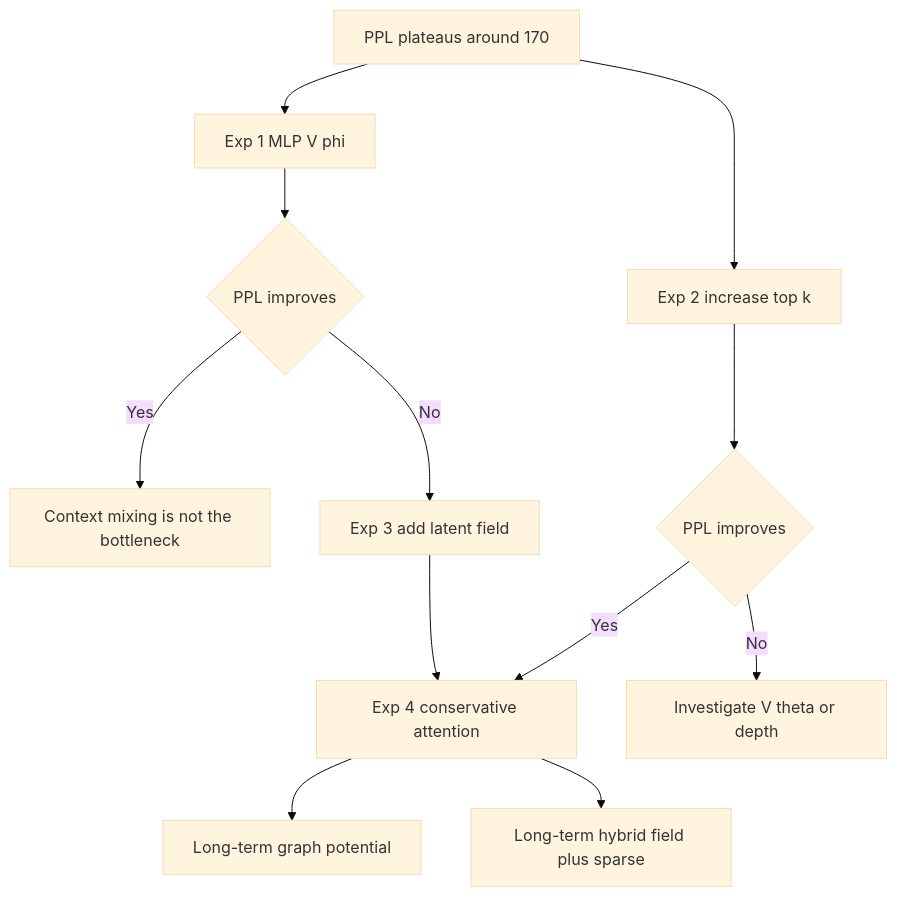
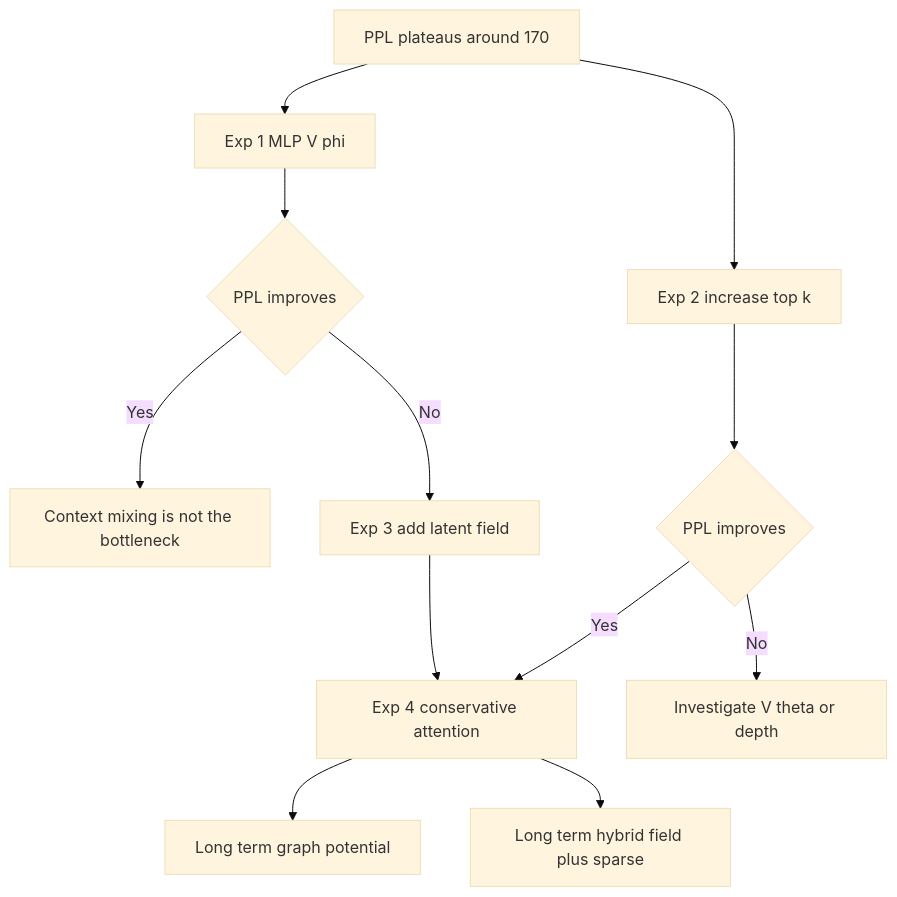
Before and after one commit to dimitarpg13/semsimula-paper: the fifth of 5 diagrams in companion_notes/Context_Mixing_Mechanisms_in_the_Conservative_Framework.md, drawn with Mermaid (base theme). The commit also changed other lines of this file and 6 other files, not shown here.

````diff
--- a/companion_notes/Context_Mixing_Mechanisms_in_the_Conservative_Framework.md
+++ b/companion_notes/Context_Mixing_Mechanisms_in_the_Conservative_Framework.md
@@ -1102,26 +1102,26 @@
 ```mermaid
 flowchart TB
     START["PPL plateaus around 170"]
     MLP["Exp 1 MLP V phi"]
     TOPK["Exp 2 increase top k"]
     PPL1{"PPL improves"}
     PPL2{"PPL improves"}
     FIELD["Exp 3 add latent field"]
     ATTN["Exp 4 conservative attention"]
-    GRAPH["Long-term graph potential"]
-    HYBRID["Long-term hybrid field plus sparse"]
+    GRAPH["Long term graph potential"]
+    HYBRID["Long term hybrid field plus sparse"]
     DONE["Context mixing is not the bottleneck"]
     NEXT["Investigate V theta or depth"]
 
     START --> MLP
     START --> TOPK
     MLP --> PPL1
     TOPK --> PPL2
     PPL1 -->|Yes| DONE
     PPL1 -->|No| FIELD
     PPL2 -->|Yes| ATTN
     PPL2 -->|No| NEXT
     FIELD --> ATTN
     ATTN --> GRAPH
     ATTN --> HYBRID
 ```
````
